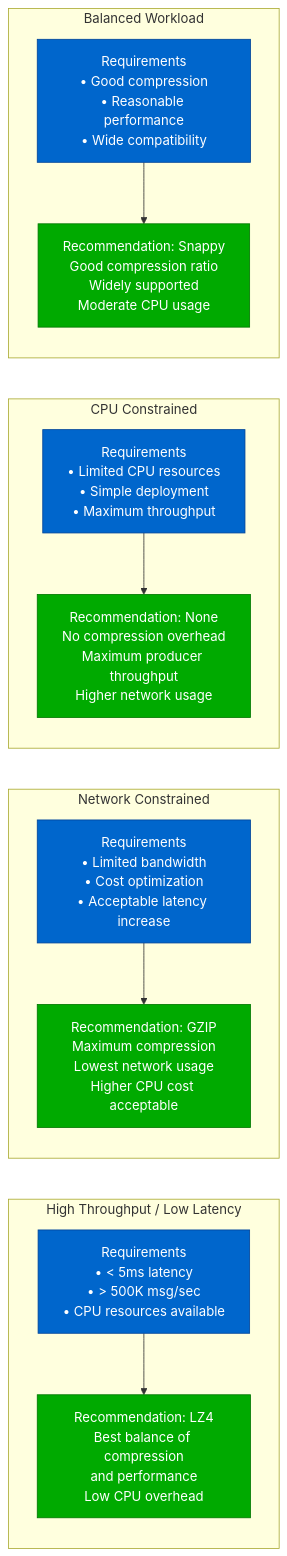
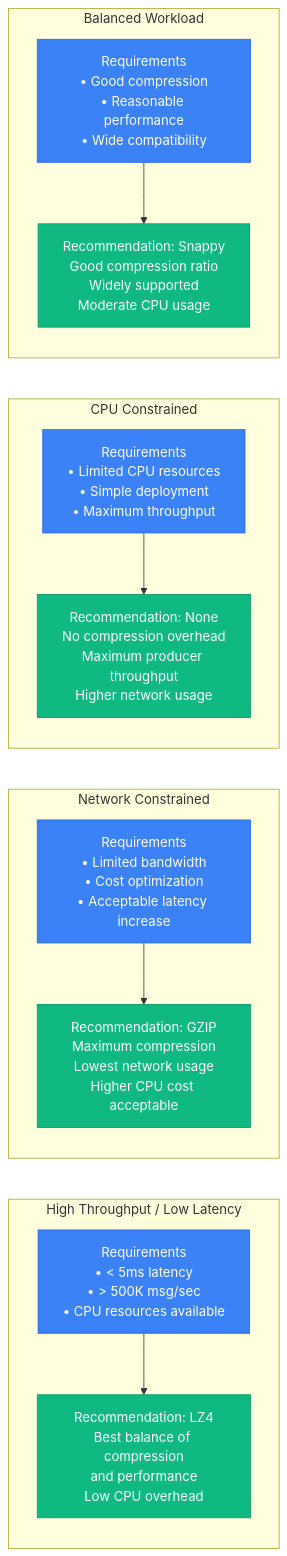
One commit to deepaucksharma/DS changed the ninth of 13 diagrams in site/docs/performance/kafka-performance-profile.md. Above: the diagram before and after it, drawn with Mermaid. The commit also changed other lines of this file and 303 other files, not shown here.

````diff
--- a/site/docs/performance/kafka-performance-profile.md
+++ b/site/docs/performance/kafka-performance-profile.md
@@ -339,40 +339,40 @@
 ```mermaid
 graph LR
     subgraph "High Throughput / Low Latency"
         HT_LL[Requirements<br/>• < 5ms latency<br/>• > 500K msg/sec<br/>• CPU resources available]
 
         HT_LL_REC[Recommendation: LZ4<br/>Best balance of compression<br/>and performance<br/>Low CPU overhead]
 
         HT_LL --> HT_LL_REC
     end
 
     subgraph "Network Constrained"
         NET_CONST[Requirements<br/>• Limited bandwidth<br/>• Cost optimization<br/>• Acceptable latency increase]
 
         NET_CONST_REC[Recommendation: GZIP<br/>Maximum compression<br/>Lowest network usage<br/>Higher CPU cost acceptable]
 
         NET_CONST --> NET_CONST_REC
     end
 
     subgraph "CPU Constrained"
         CPU_CONST[Requirements<br/>• Limited CPU resources<br/>• Simple deployment<br/>• Maximum throughput]
 
         CPU_CONST_REC[Recommendation: None<br/>No compression overhead<br/>Maximum producer throughput<br/>Higher network usage]
 
         CPU_CONST --> CPU_CONST_REC
     end
 
     subgraph "Balanced Workload"
         BALANCED[Requirements<br/>• Good compression<br/>• Reasonable performance<br/>• Wide compatibility]
 
         BALANCED_REC[Recommendation: Snappy<br/>Good compression ratio<br/>Widely supported<br/>Moderate CPU usage]
 
         BALANCED --> BALANCED_REC
     end
 
-    classDef requirementStyle fill:#0066CC,stroke:#004499,color:#fff
-    classDef recommendationStyle fill:#00AA00,stroke:#007700,color:#fff
+    classDef requirementStyle fill:#3B82F6,stroke:#2563EB,color:#fff
+    classDef recommendationStyle fill:#10B981,stroke:#059669,color:#fff
 
     class HT_LL,NET_CONST,CPU_CONST,BALANCED requirementStyle
     class HT_LL_REC,NET_CONST_REC,CPU_CONST_REC,BALANCED_REC recommendationStyle
 ```
````
